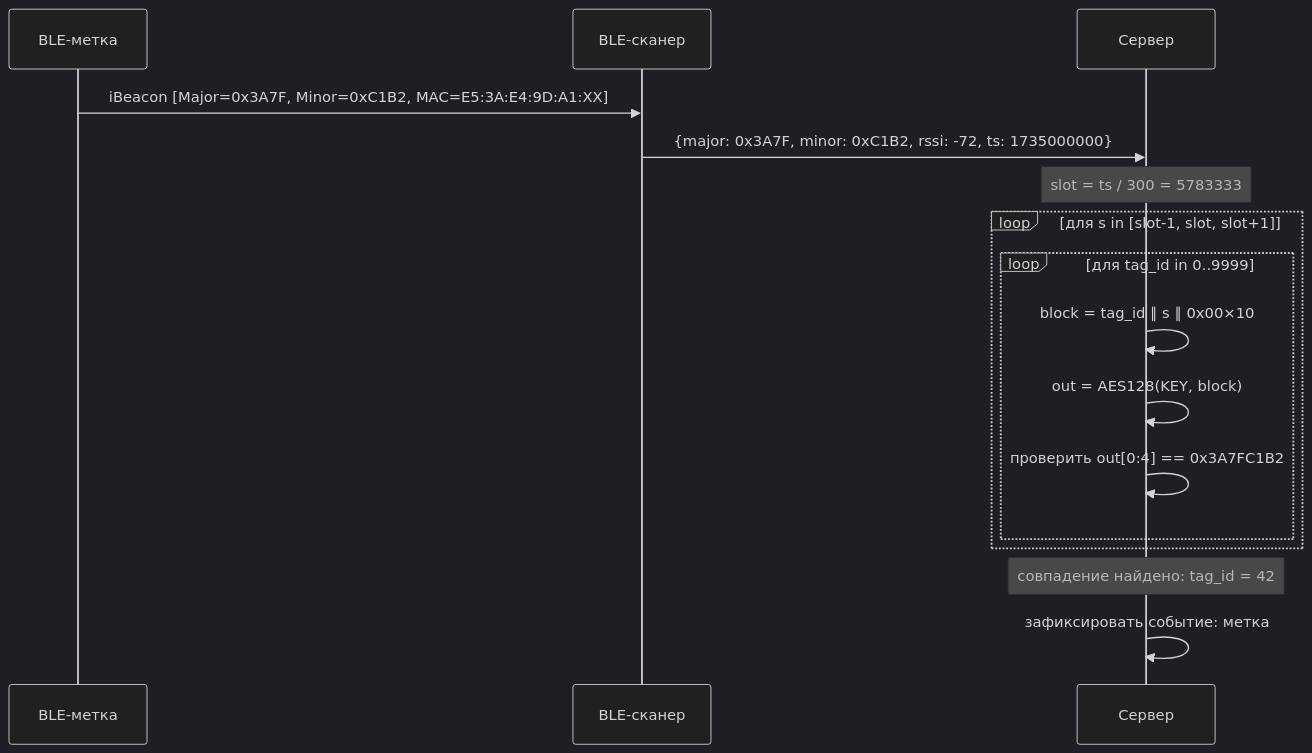
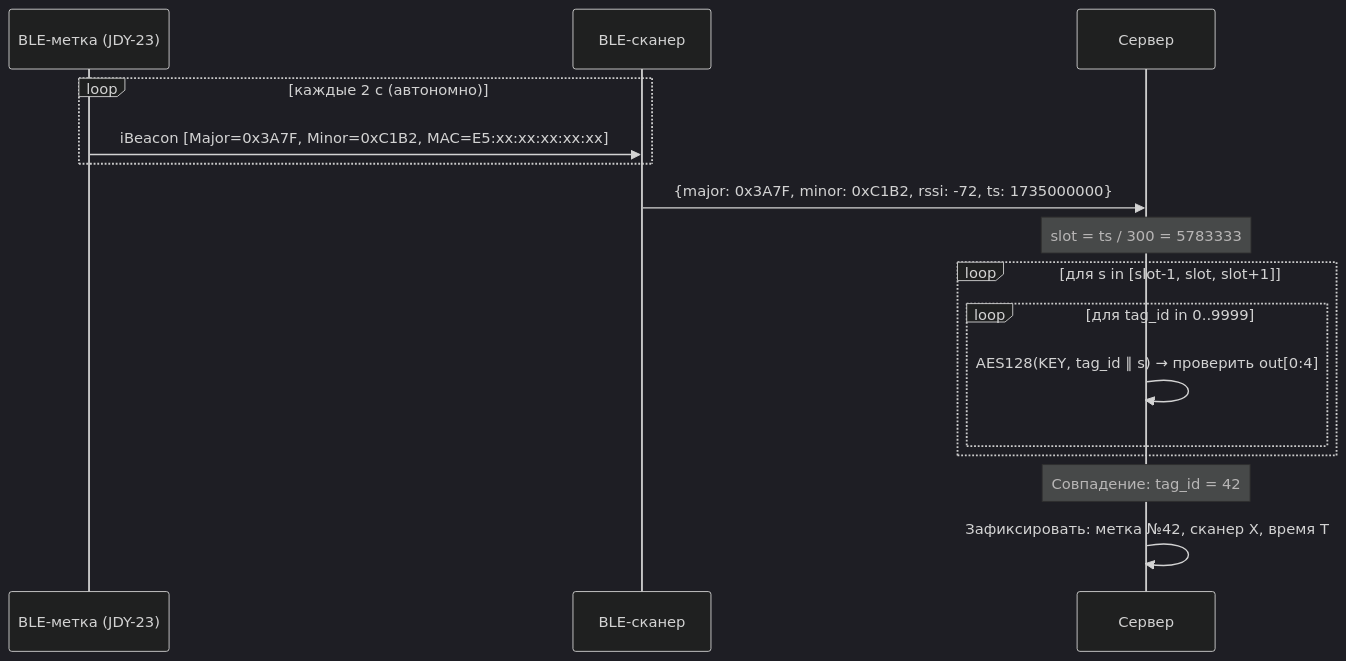
Before and after one commit to sayr777/dynamic-iBeacon: the third of 3 diagrams in docs/interaction-diagram.md, drawn with Mermaid (dark theme). The commit also changed other lines of this file and 9 other files, not shown here.

````diff
--- a/docs/interaction-diagram.md
+++ b/docs/interaction-diagram.md
@@ -147,21 +120,22 @@
 ```mermaid
 sequenceDiagram
-    participant TAG as BLE-метка
+    participant TAG as BLE-метка (JDY-23)
     participant SCAN as BLE-сканер
     participant SRV as Сервер
 
-    TAG->>SCAN: iBeacon [Major=0x3A7F, Minor=0xC1B2, MAC=E5:3A:E4:9D:A1:XX]
+    loop каждые 2 с (автономно)
+        TAG->>SCAN: iBeacon [Major=0x3A7F, Minor=0xC1B2, MAC=E5:xx:xx:xx:xx:xx]
+    end
+
     SCAN->>SRV: {major: 0x3A7F, minor: 0xC1B2, rssi: -72, ts: 1735000000}
 
     Note over SRV: slot = ts / 300 = 5783333
     loop для s in [slot-1, slot, slot+1]
         loop для tag_id in 0..9999
-            SRV->>SRV: block = tag_id ∥ s ∥ 0x00×10
-            SRV->>SRV: out = AES128(KEY, block)
-            SRV->>SRV: проверить out[0:4] == 0x3A7FC1B2
+            SRV->>SRV: AES128(KEY, tag_id ∥ s) → проверить out[0:4]
         end
     end
 
-    Note over SRV: совпадение найдено: tag_id = 42
-    SRV->>SRV: зафиксировать событие: метка #42 у сканера X
+    Note over SRV: Совпадение: tag_id = 42
+    SRV->>SRV: Зафиксировать: метка №42, сканер X, время T
 ```
````
